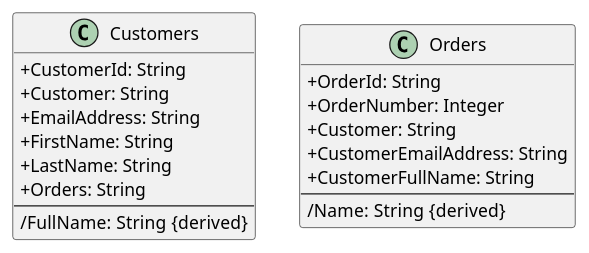
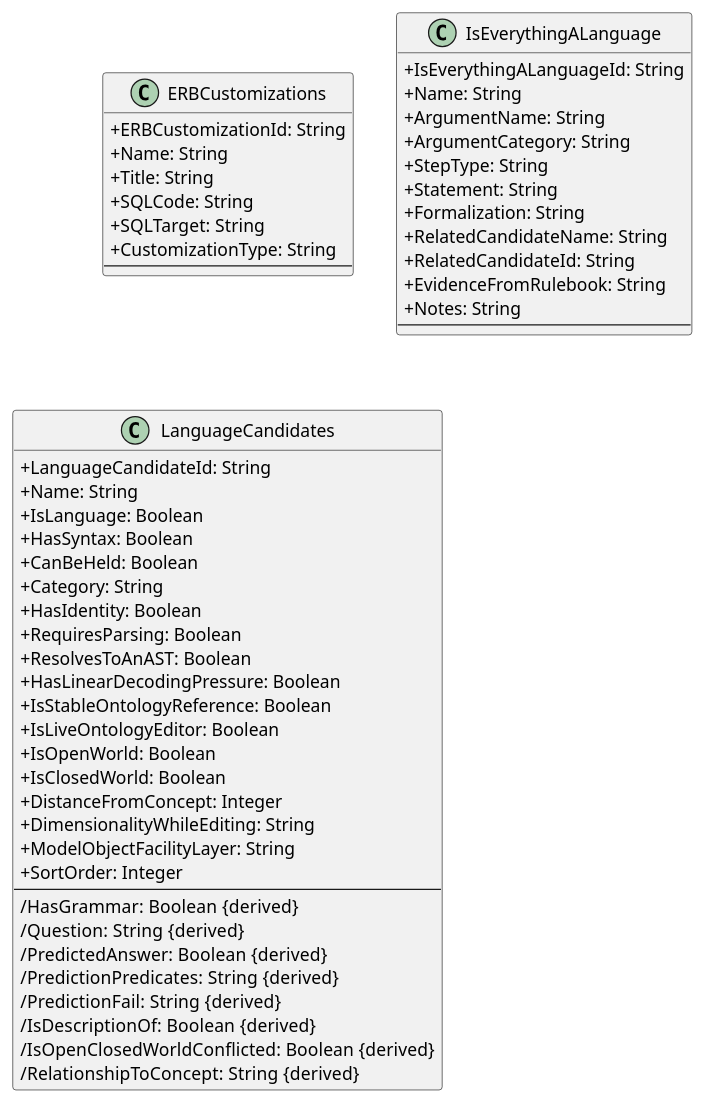
The diagram in execution-substratrates/uml/class-diagram.puml (eejai42/is-everything-really-a-language), drawn with PlantUML before and after one commit. The commit also changed 119 other files, not shown here.

```diff
--- a/execution-substratrates/uml/class-diagram.puml
+++ b/execution-substratrates/uml/class-diagram.puml
@@ -1,25 +1,59 @@
 @startuml
 skinparam classAttributeIconSize 0
 
-class Customers {
-  +CustomerId: String
-  +Customer: String
-  +EmailAddress: String
-  +FirstName: String
-  +LastName: String
-  +Orders: String
+class ERBCustomizations {
+  +ERBCustomizationId: String
+  +Name: String
+  +Title: String
+  +SQLCode: String
+  +SQLTarget: String
+  +CustomizationType: String
   --
-  /FullName: String  {derived}
 }
 
-class Orders {
-  +OrderId: String
-  +OrderNumber: Integer
-  +Customer: String
-  +CustomerEmailAddress: String
-  +CustomerFullName: String
+class IsEverythingALanguage {
+  +IsEverythingALanguageId: String
+  +Name: String
+  +ArgumentName: String
+  +ArgumentCategory: String
+  +StepType: String
+  +Statement: String
+  +Formalization: String
+  +RelatedCandidateName: String
+  +RelatedCandidateId: String
+  +EvidenceFromRulebook: String
+  +Notes: String
   --
-  /Name: String  {derived}
+}
+
+class LanguageCandidates {
+  +LanguageCandidateId: String
+  +Name: String
+  +IsLanguage: Boolean
+  +HasSyntax: Boolean
+  +CanBeHeld: Boolean
+  +Category: String
+  +HasIdentity: Boolean
+  +RequiresParsing: Boolean
+  +ResolvesToAnAST: Boolean
+  +HasLinearDecodingPressure: Boolean
+  +IsStableOntologyReference: Boolean
+  +IsLiveOntologyEditor: Boolean
+  +IsOpenWorld: Boolean
+  +IsClosedWorld: Boolean
+  +DistanceFromConcept: Integer
+  +DimensionalityWhileEditing: String
+  +ModelObjectFacilityLayer: String
+  +SortOrder: Integer
+  --
+  /HasGrammar: Boolean  {derived}
+  /Question: String  {derived}
+  /PredictedAnswer: Boolean  {derived}
+  /PredictionPredicates: String  {derived}
+  /PredictionFail: String  {derived}
+  /IsDescriptionOf: Boolean  {derived}
+  /IsOpenClosedWorldConflicted: Boolean  {derived}
+  /RelationshipToConcept: String  {derived}
 }
 
 @enduml
```
